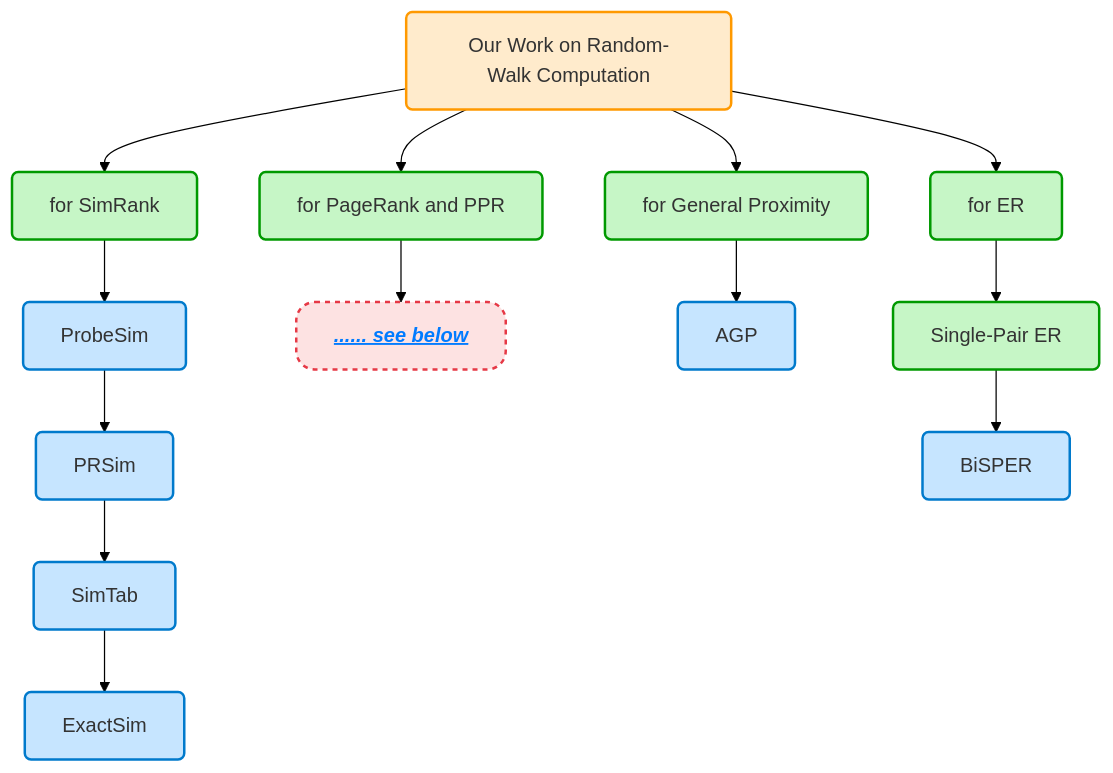
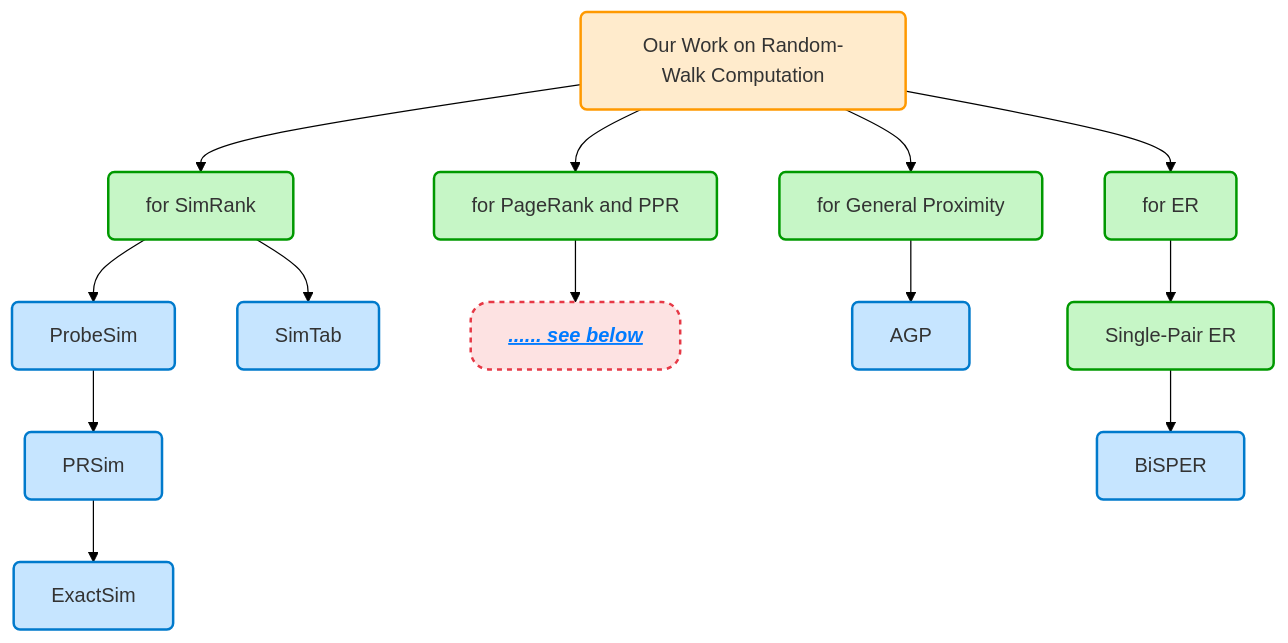
Before and after one commit to AlgRUC/weizhewei.com: the first of 2 diagrams in _projects/RandomWalkComputation.md, drawn with Mermaid (forest theme). The commit also changed 6 other files, not shown here.

````diff
--- a/_projects/RandomWalkComputation.md
+++ b/_projects/RandomWalkComputation.md
@@ -30,26 +30,26 @@
 ```mermaid
 graph TD
     
     classDef main fill:#FFEBCC,stroke:#FF9900,stroke-width:2px,color:#333,rx:5px,ry:5px;
     classDef secondary fill:#C6F6C6,stroke:#009900,stroke-width:2px,color:#333,rx:5px,ry:5px;
     classDef work fill:#C6E5FF,stroke:#007ACC,stroke-width:2px,color:#333,rx:5px,ry:5px;
     classDef link fill:#FDE2E2,stroke:#E63946,stroke-width:2px,color:#007bFF,font-weight:bold,rx:15px,ry:15px,stroke-dasharray:4,4,text-decoration:underline,font-style:italic;
 
     A[Our Work on Random-Walk Computation]:::main --> B[for SimRank]:::secondary
     A --> C[for PageRank and PPR]:::secondary
     A --> D[for General Proximity]:::secondary
     A --> E[for ER]:::secondary
 
     B --> B1[ProbeSim]:::work
     B1 --> B2[PRSim]:::work
-    B2 --> B3[SimTab]:::work
-    B3 --> B4[ExactSim]:::work
+    B2 --> B3[ExactSim]:::work
+    B --> B4[SimTab]:::work
 
     C --> C1[...... see below]:::link
     click C1 href "#PPR"
 
     D --> D1[AGP]:::work
 
     E --> E1[Single-Pair ER]:::secondary
     E1 --> E2[BiSPER]:::work
 ```
````
